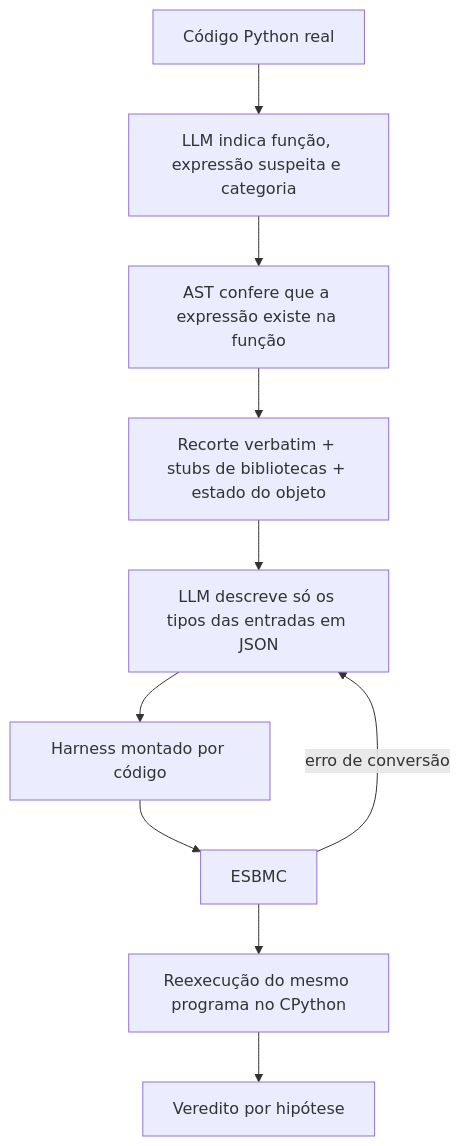
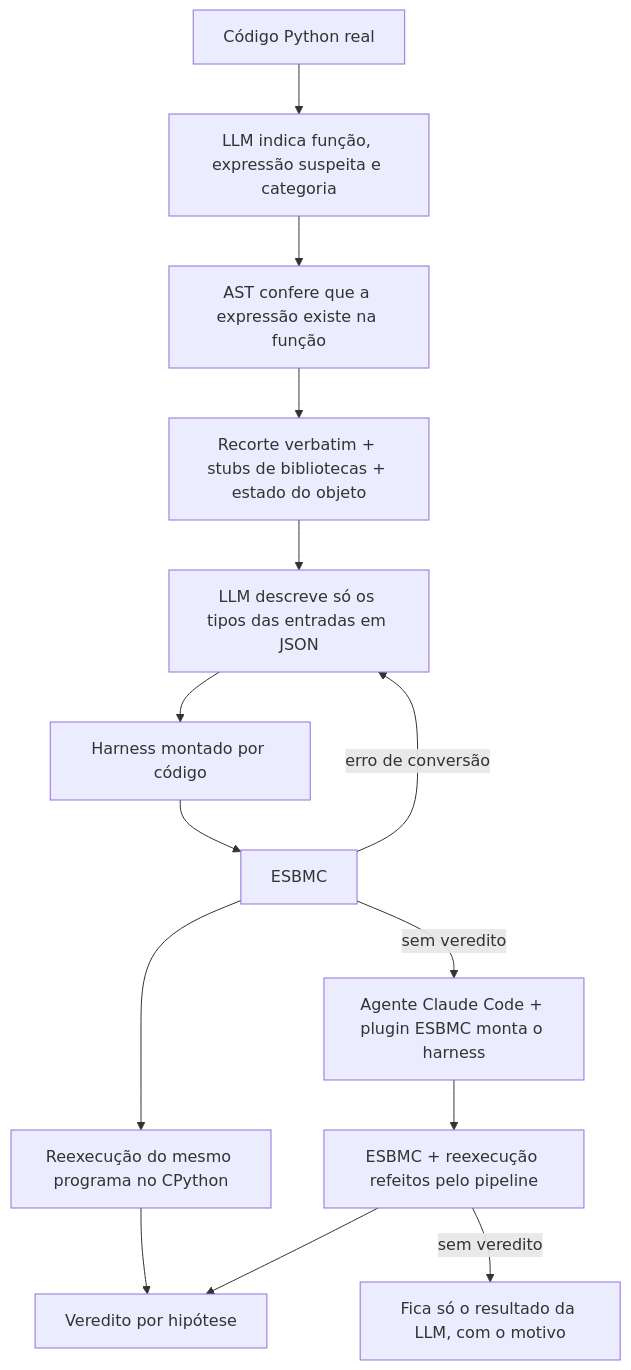
The diagram in README.md (feralice/llm-esbmc-pipeline), drawn with Mermaid before and after one commit. The commit also changed other lines of this file and 5 other files, not shown here.

First line of the commit message:
Add scripts that measure harness and agent changes without new LLM calls

````diff
--- a/README.md
+++ b/README.md
@@ -16,12 +16,16 @@
 ```mermaid
 flowchart TD
     A[Código Python real] --> B[LLM indica função, expressão suspeita e categoria]
     B --> C[AST confere que a expressão existe na função]
     C --> D[Recorte verbatim + stubs de bibliotecas + estado do objeto]
     D --> E[LLM descreve só os tipos das entradas em JSON]
     E --> F[Harness montado por código]
     F --> G[ESBMC]
     G --> H[Reexecução do mesmo programa no CPython]
     H --> I[Veredito por hipótese]
     G -- erro de conversão --> E
+    G -- sem veredito --> J[Agente Claude Code + plugin ESBMC monta o harness]
+    J --> K[ESBMC + reexecução refeitos pelo pipeline]
+    K --> I
+    K -- sem veredito --> L[Fica só o resultado da LLM, com o motivo]
 ```
````
